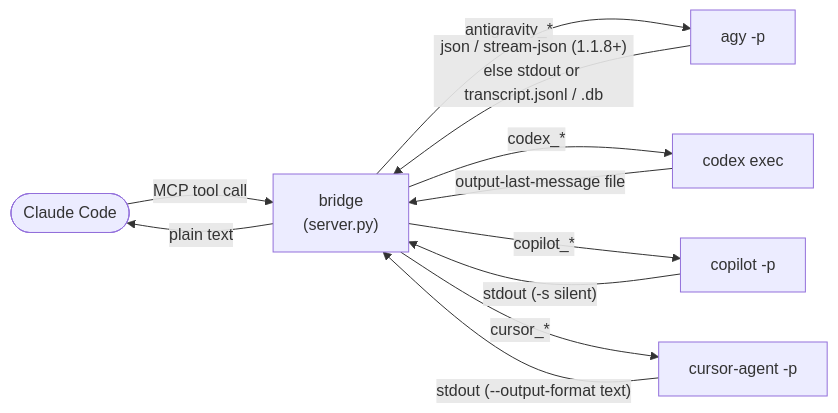
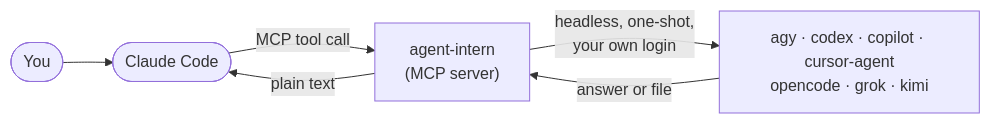
Before and after one commit to SinanTufekci/agent-intern: the diagram in README.md, drawn with Mermaid. The commit also changed other lines of this file and 12 other files, not shown here.

````diff
--- a/README.md
+++ b/README.md
@@ -194,13 +134,8 @@
 ```mermaid
 flowchart LR
-    A([Claude Code]) -- "MCP tool call" --> B["bridge<br/>(server.py)"]
-    B -- "antigravity_*" --> C[agy -p]
-    B -- "codex_*" --> D[codex exec]
-    B -- "copilot_*" --> E[copilot -p]
-    B -- "cursor_*" --> F[cursor-agent -p]
-    C -- "json / stream-json (1.1.8+)<br/>else stdout or transcript.jsonl / .db" --> B
-    D -- "output-last-message file" --> B
-    E -- "stdout (-s silent)" --> B
-    F -- "stdout (--output-format text)" --> B
-    B -- "plain text" --> A
+    U([You]) --> CC([Claude Code])
+    CC -- "MCP tool call" --> B["agent-intern<br/>(MCP server)"]
+    B -- "headless, one-shot,<br/>your own login" --> CLI["agy · codex · copilot · cursor-agent<br/>opencode · grok · kimi"]
+    CLI -- "answer or file" --> B
+    B -- "plain text" --> CC
 ```
````
